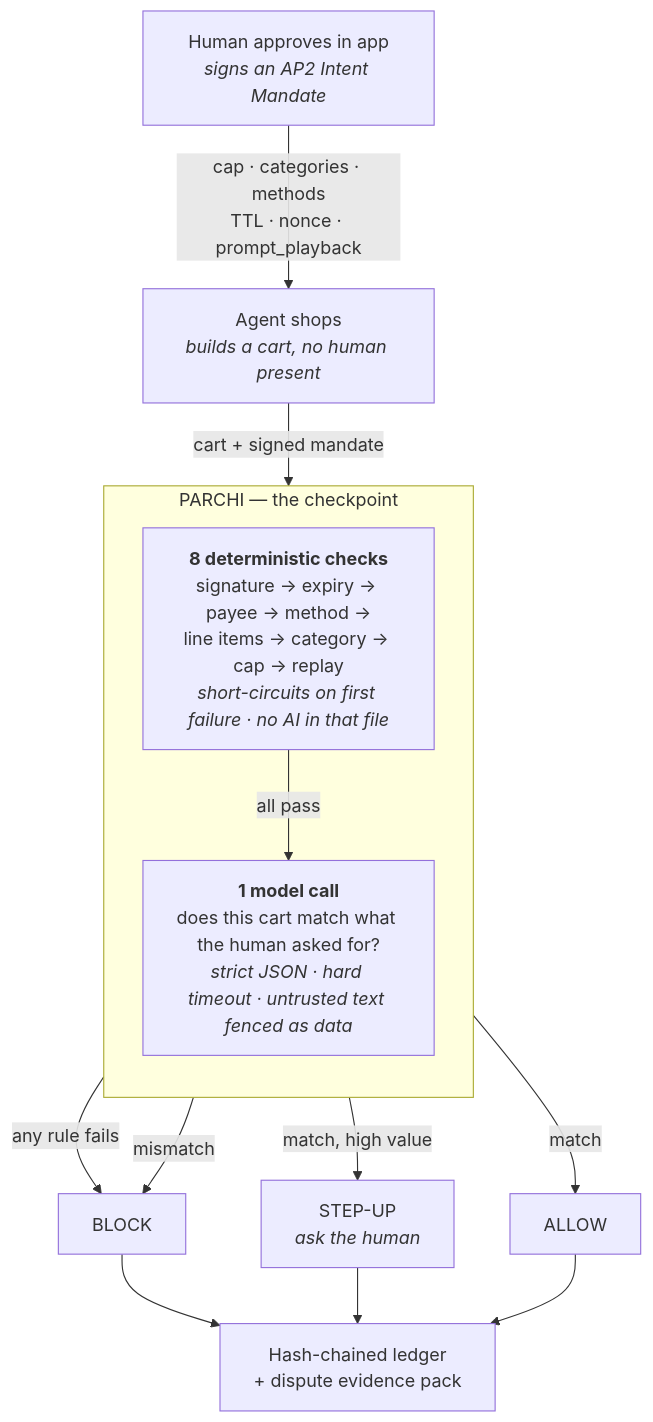
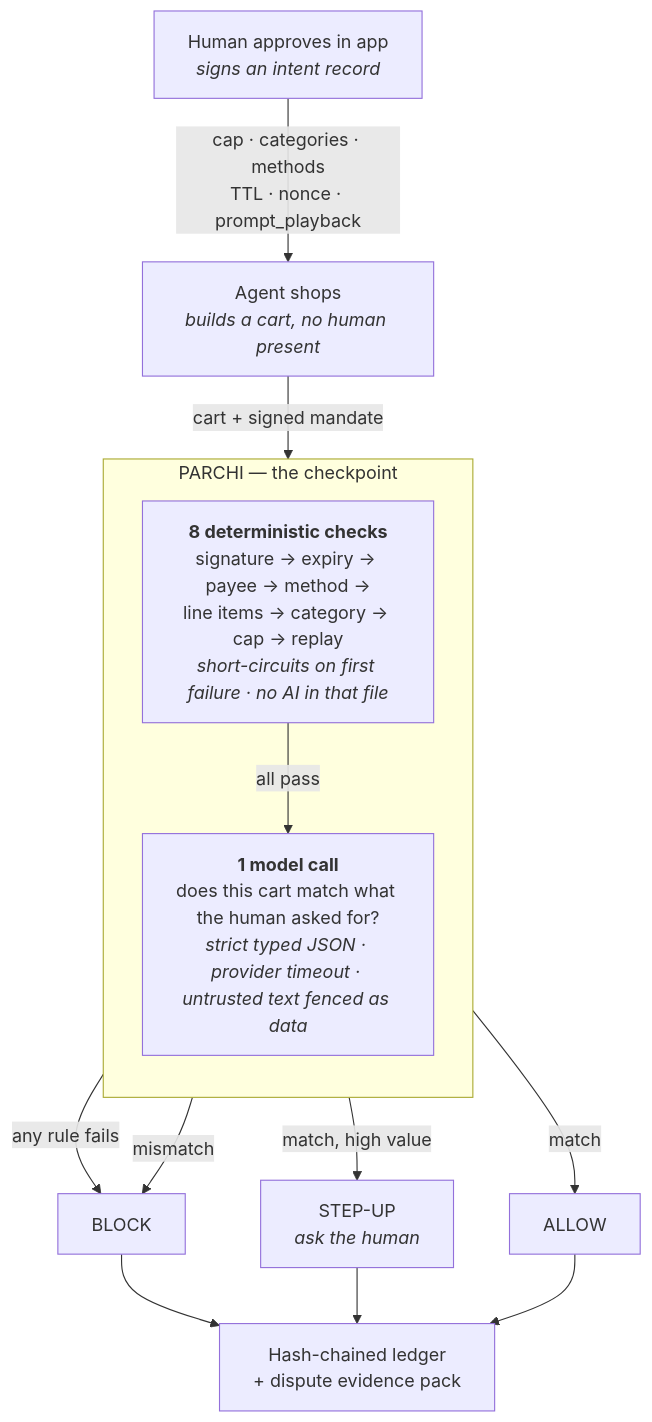
Before and after one commit to DarkBird10020/parchi: the diagram in README.md, drawn with Mermaid. The commit also changed other lines of this file and 23 other files, not shown here.

````diff
--- a/README.md
+++ b/README.md
@@ -108,20 +105,20 @@
 ```mermaid
 flowchart TD
-    H["Human approves in app<br/><i>signs an AP2 Intent Mandate</i>"] -->|"cap · categories · methods<br/>TTL · nonce · prompt_playback"| A
+    H["Human approves in app<br/><i>signs an intent record</i>"] -->|"cap · categories · methods<br/>TTL · nonce · prompt_playback"| A
     A["Agent shops<br/><i>builds a cart, no human present</i>"] -->|"cart + signed mandate"| R
 
     subgraph P["PARCHI — the checkpoint"]
         direction TB
         R["<b>8 deterministic checks</b><br/>signature → expiry → payee → method →<br/>line items → category → cap → replay<br/><i>short-circuits on first failure · no AI in that file</i>"]
-        R -->|all pass| M["<b>1 model call</b><br/>does this cart match what the human asked for?<br/><i>strict JSON · hard timeout · untrusted text fenced as data</i>"]
+        R -->|all pass| M["<b>1 model call</b><br/>does this cart match what the human asked for?<br/><i>strict typed JSON · provider timeout · untrusted text fenced as data</i>"]
     end
 
     R -->|any rule fails| BLOCK["BLOCK"]
     M -->|mismatch| BLOCK
     M -->|match, high value| STEP["STEP-UP<br/><i>ask the human</i>"]
     M -->|match| ALLOW["ALLOW"]
 
     BLOCK --> L["Hash-chained ledger<br/>+ dispute evidence pack"]
     STEP --> L
     ALLOW --> L
 ```
````
